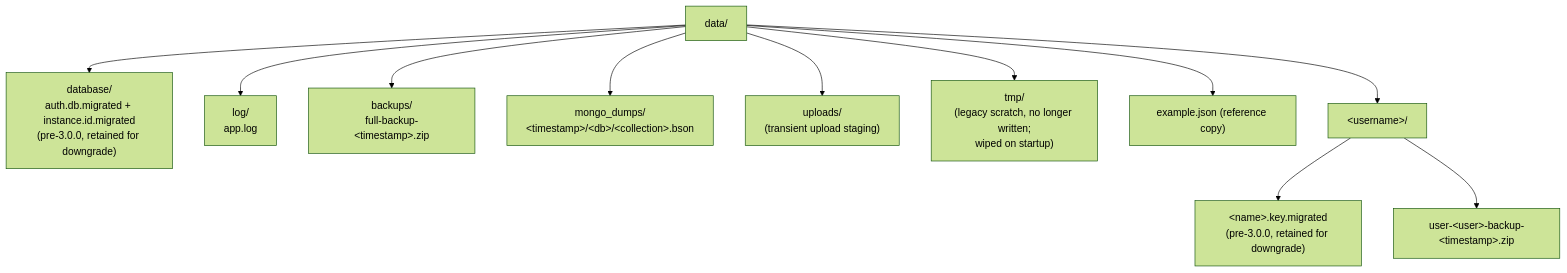
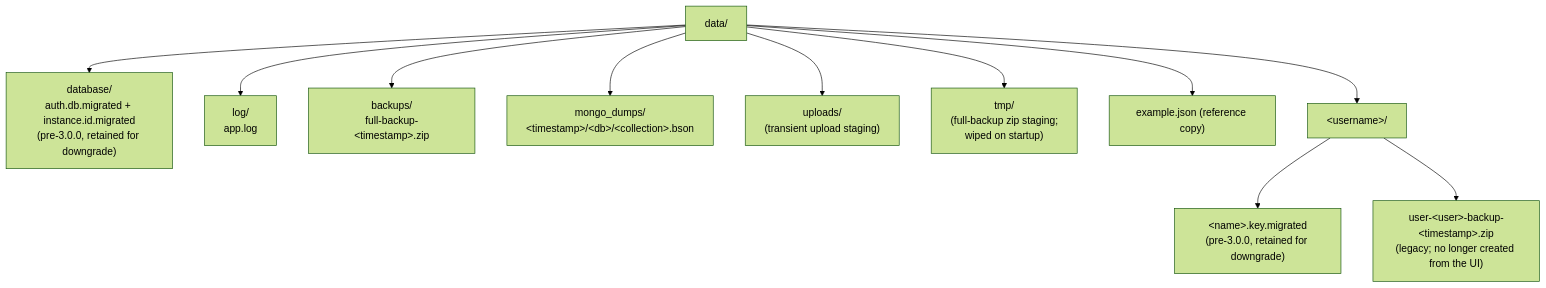
The seventh of 10 diagrams in docs/data-architecture.md (ibehren1/fw-gui), drawn with Mermaid (forest theme) before and after one commit. The commit also changed other lines of this file and 3 other files, not shown here.

````diff
--- a/docs/data-architecture.md
+++ b/docs/data-architecture.md
@@ -525,14 +554,14 @@
 ```mermaid
 flowchart TD
     data["data/"]
     data --> db["database/<br/>auth.db.migrated + instance.id.migrated<br/>(pre-3.0.0, retained for downgrade)"]
     data --> log["log/<br/>app.log"]
     data --> backups["backups/<br/>full-backup-&lt;timestamp&gt;.zip"]
     data --> dumps["mongo_dumps/<br/>&lt;timestamp&gt;/&lt;db&gt;/&lt;collection&gt;.bson"]
     data --> uploads["uploads/<br/>(transient upload staging)"]
-    data --> tmp["tmp/<br/>(legacy scratch, no longer written;<br/>wiped on startup)"]
+    data --> tmp["tmp/<br/>(full-backup zip staging;<br/>wiped on startup)"]
     data --> ex["example.json (reference copy)"]
     data --> userdir["&lt;username&gt;/"]
     userdir --> keys["&lt;name&gt;.key.migrated<br/>(pre-3.0.0, retained for downgrade)"]
-    userdir --> ubk["user-&lt;user&gt;-backup-&lt;timestamp&gt;.zip"]
+    userdir --> ubk["user-&lt;user&gt;-backup-&lt;timestamp&gt;.zip<br/>(legacy; no longer created from the UI)"]
 ```
````
